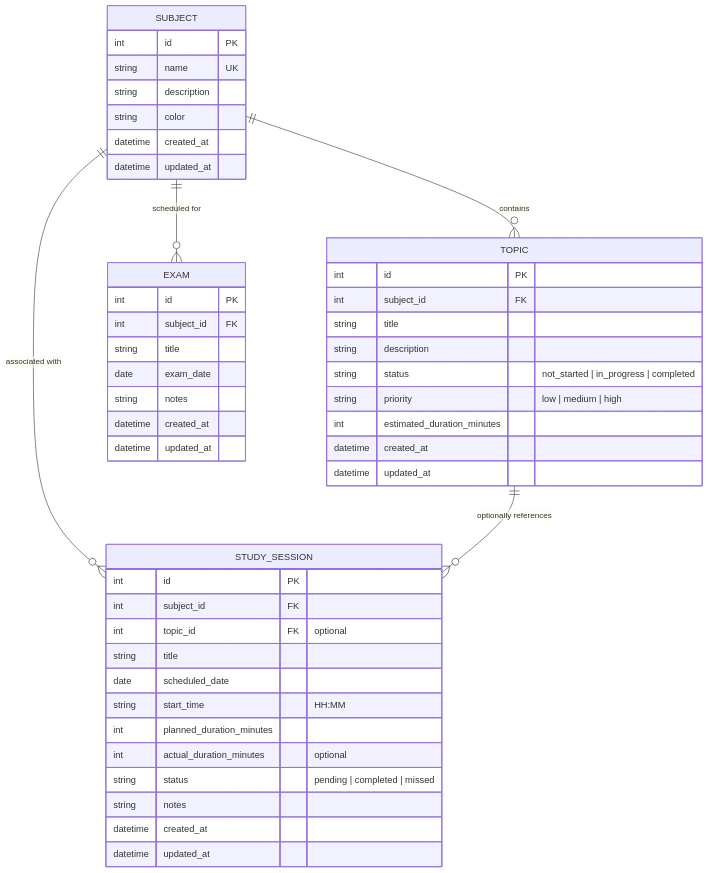
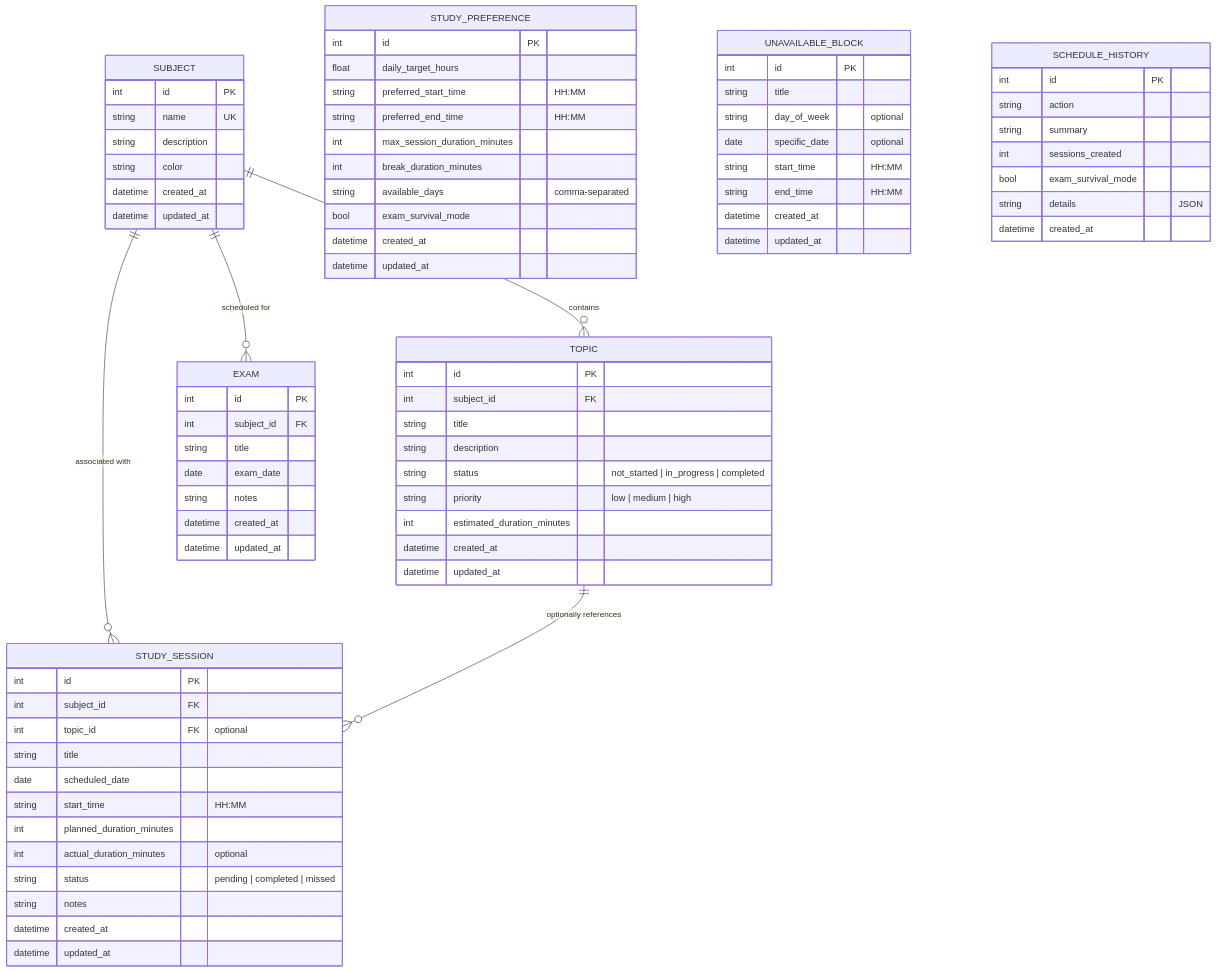
One commit to yadavpriyanshu1655-ship-it/educaterasta changed the diagram in docs/architecture.md. Above: the diagram before and after it, drawn with Mermaid. The commit also changed other lines of this file and 19 other files, not shown here.

````diff
--- a/docs/architecture.md
+++ b/docs/architecture.md
@@ -81,4 +81,38 @@
         datetime created_at
         datetime updated_at
     }
+
+    STUDY_PREFERENCE {
+        int id PK
+        float daily_target_hours
+        string preferred_start_time "HH:MM"
+        string preferred_end_time "HH:MM"
+        int max_session_duration_minutes
+        int break_duration_minutes
+        string available_days "comma-separated"
+        bool exam_survival_mode
+        datetime created_at
+        datetime updated_at
+    }
+
+    UNAVAILABLE_BLOCK {
+        int id PK
+        string title
+        string day_of_week "optional"
+        date specific_date "optional"
+        string start_time "HH:MM"
+        string end_time "HH:MM"
+        datetime created_at
+        datetime updated_at
+    }
+
+    SCHEDULE_HISTORY {
+        int id PK
+        string action
+        string summary
+        int sessions_created
+        bool exam_survival_mode
+        string details "JSON"
+        datetime created_at
+    }
 ```
````
